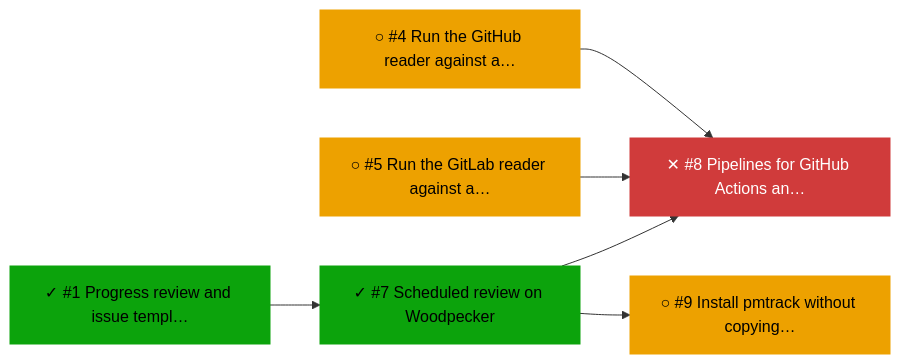
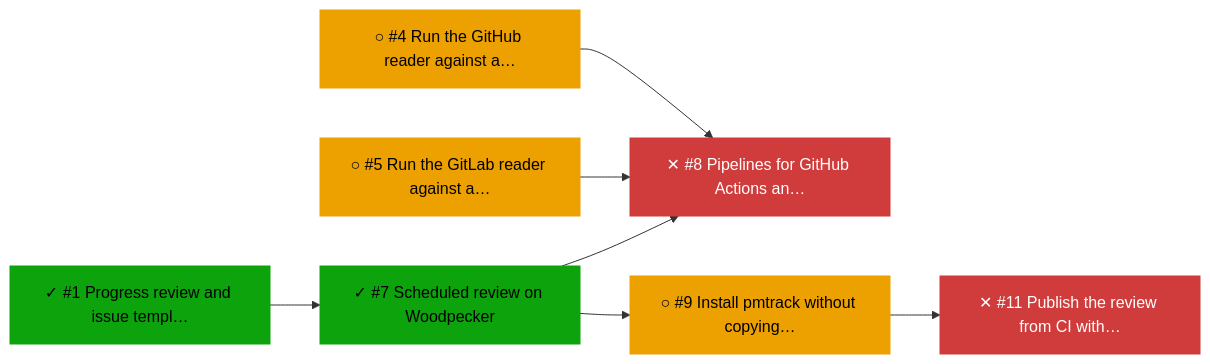
Before and after one commit to bvraghav/pmtrack: the second of 2 diagrams in progress/ci.md, drawn with Mermaid. The commit also changed other lines of this file and 5 other files, not shown here.

````diff
--- a/progress/ci.md
+++ b/progress/ci.md
@@ -45,20 +48,22 @@
 ```mermaid
 flowchart LR
   n0["✓ #1 Progress review and issue templ…"]:::done
-  n1["○ #4 Run the GitHub reader against a…"]:::ready
-  n2["○ #5 Run the GitLab reader against a…"]:::ready
-  n3["✓ #7 Scheduled review on Woodpecker"]:::done
-  n4["✕ #8 Pipelines for GitHub Actions an…"]:::blocked
-  n5["○ #9 Install pmtrack without copying…"]:::ready
-  n0 --> n3
-  n3 --> n4
-  n1 --> n4
-  n2 --> n4
+  n1["✕ #11 Publish the review from CI with…"]:::blocked
+  n2["○ #4 Run the GitHub reader against a…"]:::ready
+  n3["○ #5 Run the GitLab reader against a…"]:::ready
+  n4["✓ #7 Scheduled review on Woodpecker"]:::done
+  n5["✕ #8 Pipelines for GitHub Actions an…"]:::blocked
+  n6["○ #9 Install pmtrack without copying…"]:::ready
+  n6 --> n1
+  n0 --> n4
+  n4 --> n5
+  n2 --> n5
   n3 --> n5
+  n4 --> n6
   classDef done fill:#0ca30c,color:#000,stroke:#0ca30c
   classDef active fill:#2a78d6,color:#fff,stroke:#2a78d6
   classDef ready fill:#eda100,color:#000,stroke:#eda100
   classDef blocked fill:#d03b3b,color:#fff,stroke:#d03b3b
   classDef unknown fill:#898781,color:#000,stroke:#898781
   classDef dropped fill:#898781,color:#000,stroke:#898781
 ```
````
